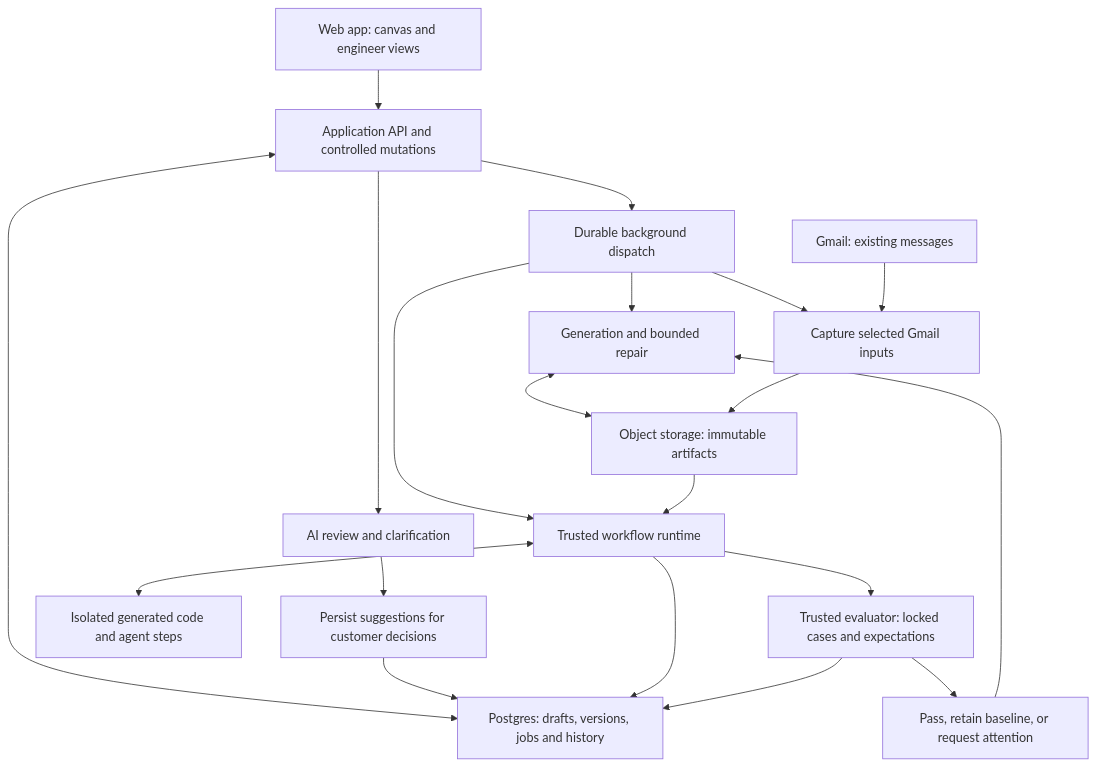
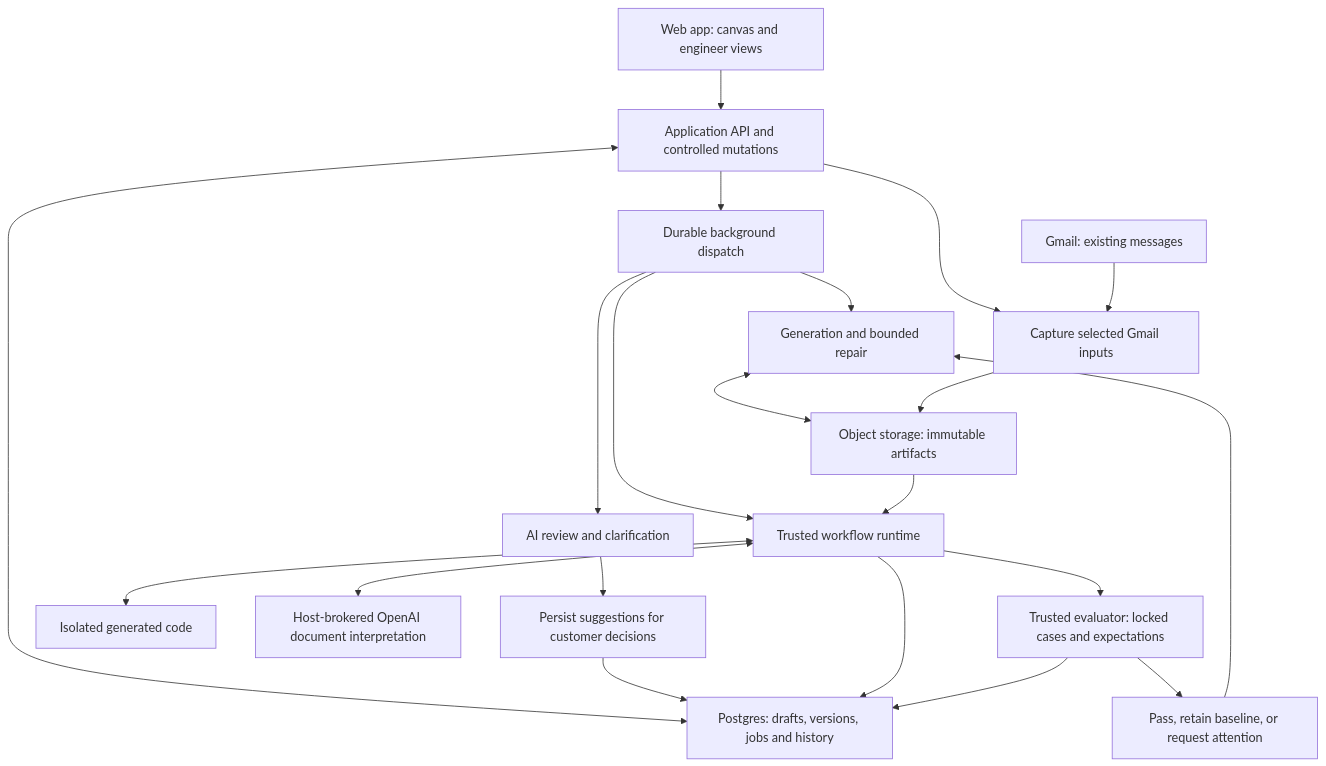
The first of 4 diagrams in docs/architecture.md (boovines/meridian-take-home), drawn with Mermaid before and after one commit. The commit also changed other lines of this file and 8 other files, not shown here.

Commit message:
Align handoff and schema documentation with implemented behavior (#13)

````diff
--- a/docs/architecture.md
+++ b/docs/architecture.md
@@ -11,22 +11,23 @@
 ```mermaid
 flowchart TD
     UI["Web app: canvas and engineer views"] --> API["Application API and controlled mutations"]
     API <--> DB["Postgres: drafts, versions, jobs and history"]
-    API --> Review["AI review and clarification"]
+    Dispatch --> Review["AI review and clarification"]
     Review --> Findings["Persist suggestions for customer decisions"]
     Findings --> DB
     API --> Dispatch["Durable background dispatch"]
     Dispatch --> Generate["Generation and bounded repair"]
     Generate <--> Files["Object storage: immutable artifacts"]
-    Dispatch --> Ingest["Capture selected Gmail inputs"]
+    API --> Ingest["Capture selected Gmail inputs"]
     Gmail["Gmail: existing messages"] --> Ingest
     Ingest --> Files
     Dispatch --> Runtime["Trusted workflow runtime"]
     Files --> Runtime
-    Runtime <--> Sandbox["Isolated generated code and agent steps"]
+    Runtime <--> Sandbox["Isolated generated code"]
+    Runtime <--> Interpret["Host-brokered OpenAI document interpretation"]
     Runtime --> DB
     Runtime --> Grader["Trusted evaluator: locked cases and expectations"]
     Grader --> DB
     Grader --> Decision["Pass, retain baseline, or request attention"]
     Decision --> Generate
 ```
````
